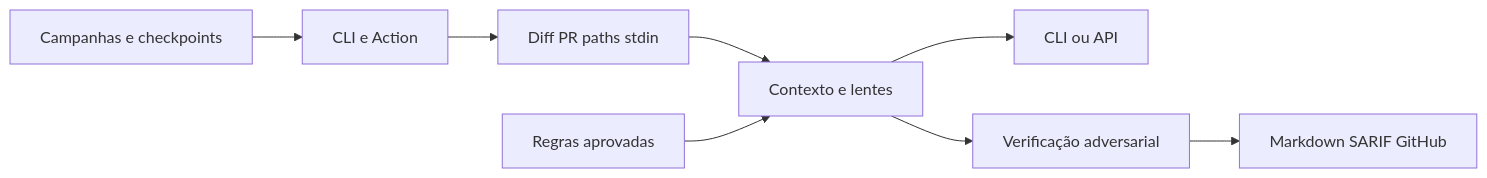
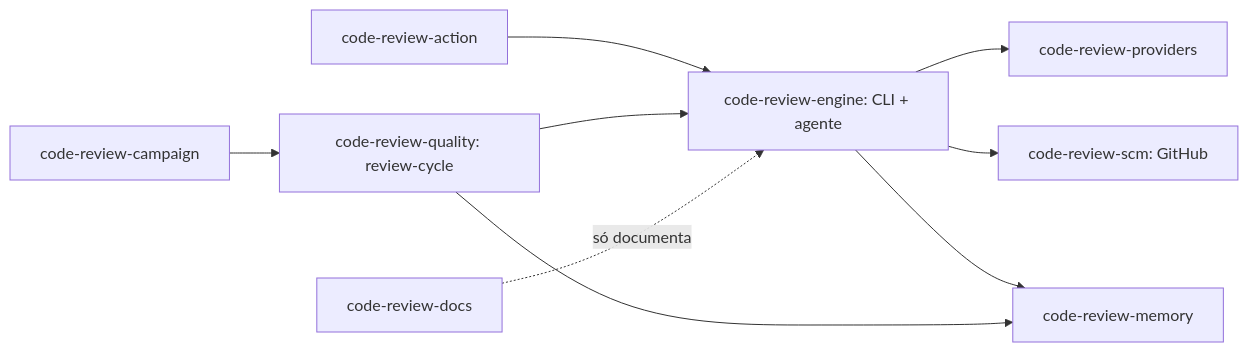
One commit to AgentsKit-io/code-review changed the diagram in .brain/repos/code-review/00 Hub - code-review.md. Above: the diagram before and after it, drawn with Mermaid. The commit also changed other lines of this file and 28 other files, not shown here.

Commit message:
docs(brain): deepen code-review notes to v2

````diff
--- a/.brain/repos/code-review/00 Hub - code-review.md
+++ b/.brain/repos/code-review/00 Hub - code-review.md
@@ -37,10 +59,11 @@
 ```mermaid
 flowchart LR
-  CLI[CLI e Action] --> Fonte[Diff PR paths stdin]
-  Fonte --> Agente[Contexto e lentes]
-  Agente --> Provedor[CLI ou API]
-  Agente --> Verificação[Verificação adversarial]
-  Verificação --> Reports[Markdown SARIF GitHub]
-  Campanha[Campanhas e checkpoints] --> CLI
-  Memória[Regras aprovadas] --> Agente
+  Action[code-review-action] --> CLI
+  Campanha[code-review-campaign] --> Ciclo[code-review-quality: review-cycle]
+  Ciclo --> CLI[code-review-engine: CLI + agente]
+  CLI --> Prov[code-review-providers]
+  CLI --> SCM[code-review-scm: GitHub]
+  CLI --> Mem[code-review-memory]
+  Ciclo --> Mem
+  Docs[code-review-docs] -. só documenta .-> CLI
 ```
````
